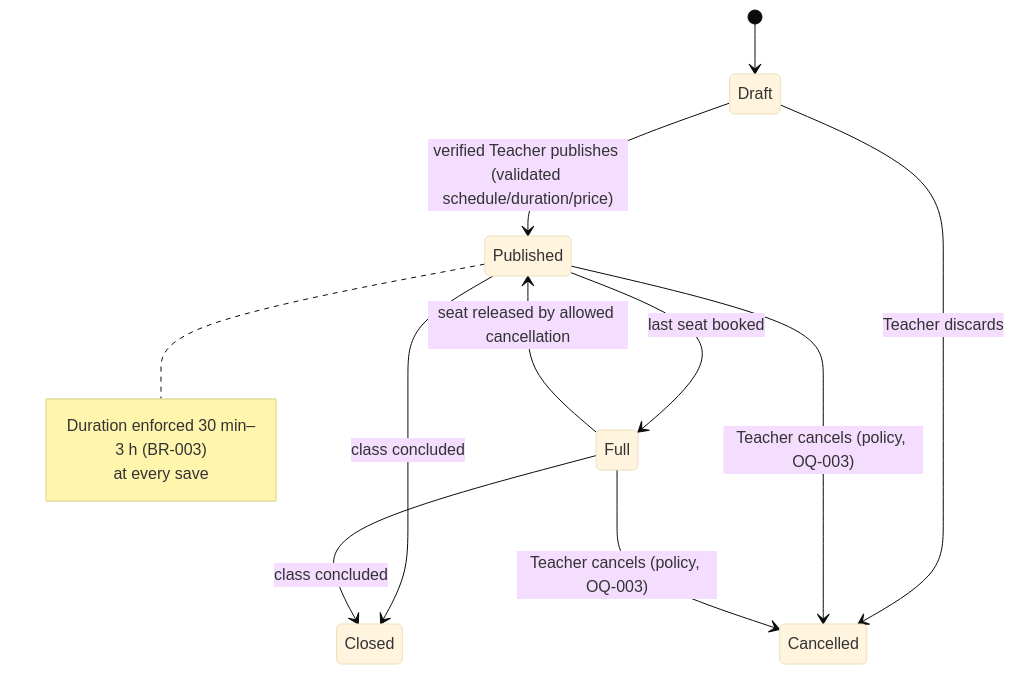
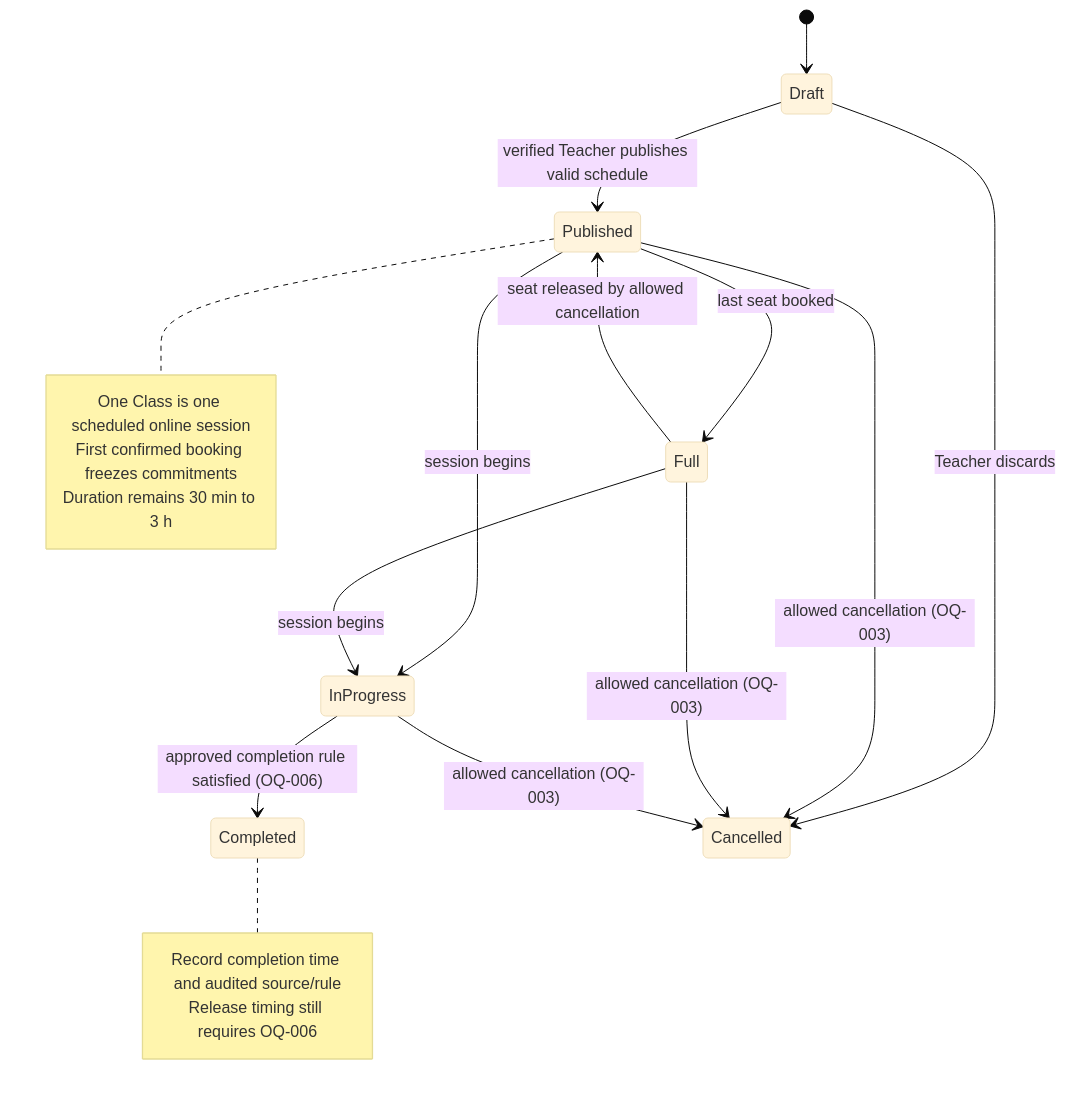
The third of 5 diagrams in docs/plans/SkillSwap-SRS.md (trankien022/SkillSwap), drawn with Mermaid (base theme) before and after one commit. The commit also changed other lines of this file and 30 other files, not shown here.

Commit message:
docs(design): clarify ERD cardinality and keys

````diff
--- a/docs/plans/SkillSwap-SRS.md
+++ b/docs/plans/SkillSwap-SRS.md
@@ -347,16 +364,23 @@
 ```mermaid
 stateDiagram-v2
   [*] --> Draft
-  Draft --> Published : verified Teacher publishes (validated schedule/duration/price)
+  Draft --> Published : verified Teacher publishes valid schedule
   Published --> Full : last seat booked
   Full --> Published : seat released by allowed cancellation
-  Published --> Closed : class concluded
-  Full --> Closed : class concluded
+  Published --> InProgress : session begins
+  Full --> InProgress : session begins
+  InProgress --> Completed : approved completion rule satisfied (OQ-006)
   Draft --> Cancelled : Teacher discards
-  Published --> Cancelled : Teacher cancels (policy, OQ-003)
-  Full --> Cancelled : Teacher cancels (policy, OQ-003)
+  Published --> Cancelled : allowed cancellation (OQ-003)
+  Full --> Cancelled : allowed cancellation (OQ-003)
+  InProgress --> Cancelled : allowed cancellation (OQ-003)
   note right of Published
-    Duration enforced 30 min–3 h (BR-003)
-    at every save
+    One Class is one scheduled online session
+    First confirmed booking freezes commitments
+    Duration remains 30 min to 3 h
+  end note
+  note right of Completed
+    Record completion time and audited source/rule
+    Release timing still requires OQ-006
   end note
 ```
````
